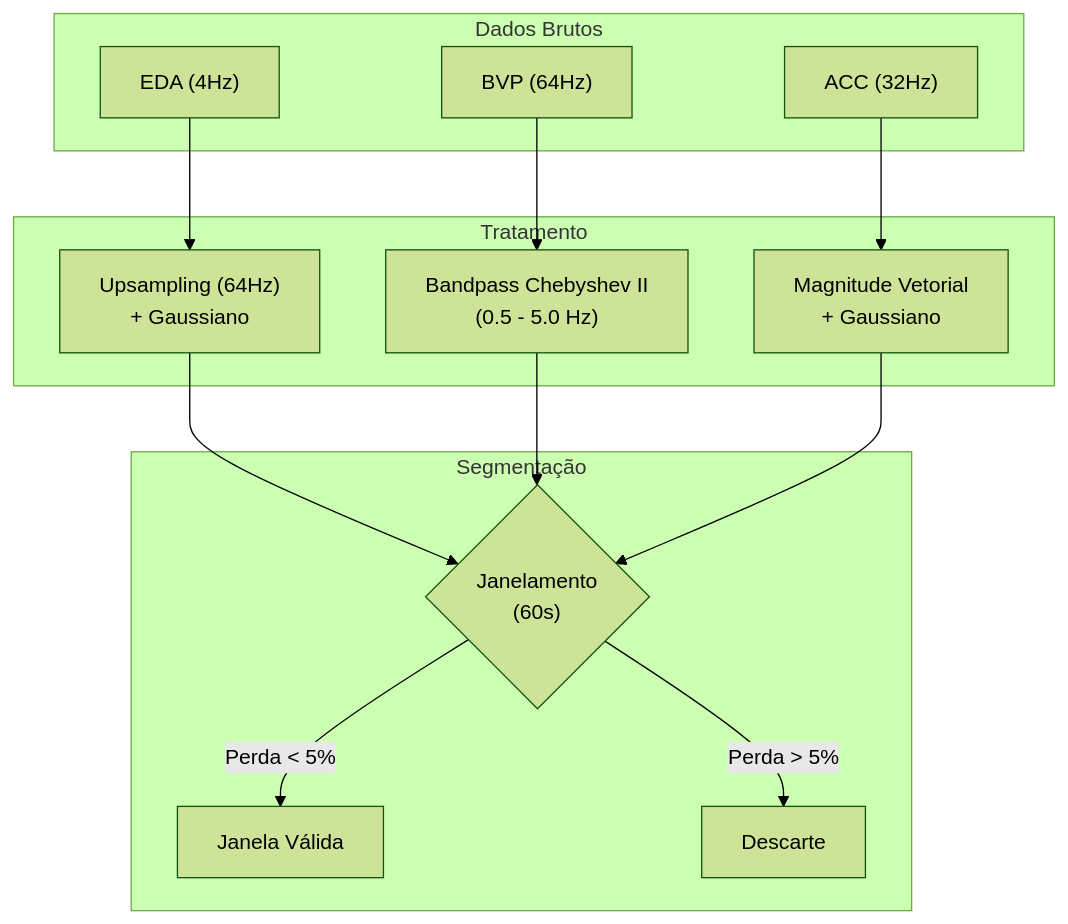
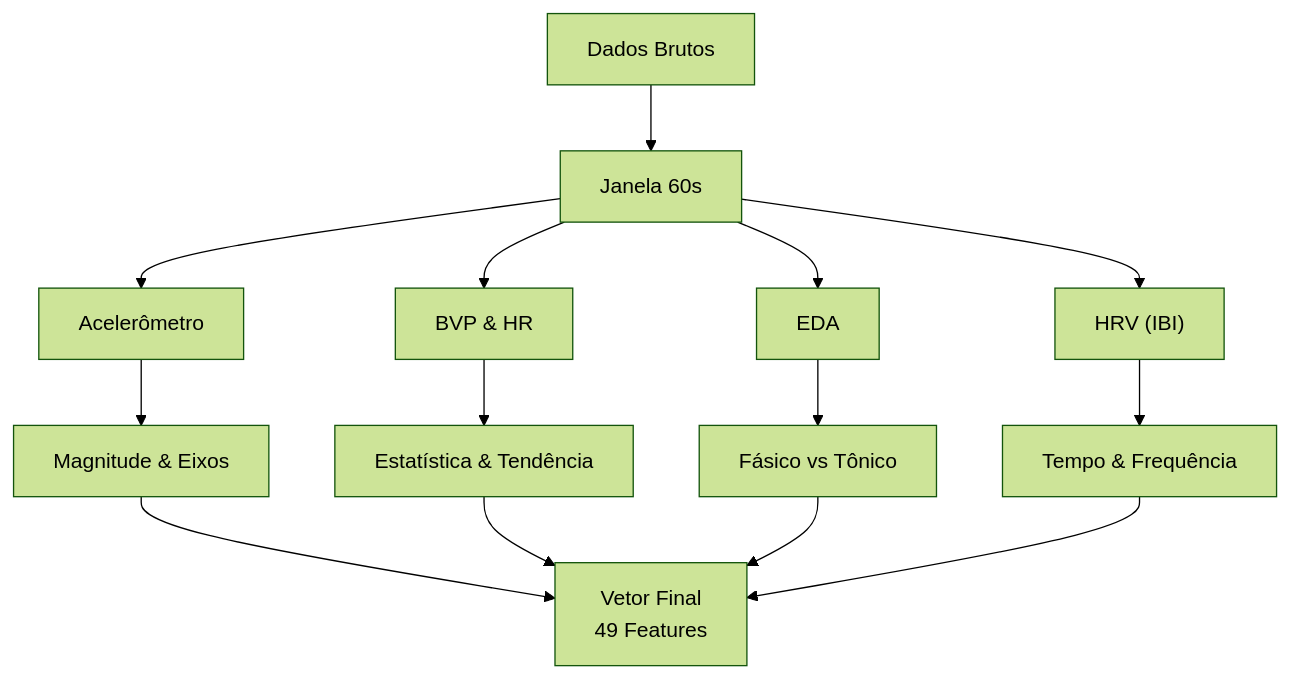
One commit to diegovianagomes/notas_de_aula changed the fourth of 4 diagrams in docs/ciencia_dados/signal_process.md. Above: the diagram before and after it, drawn with Mermaid (forest theme). The commit also changed other lines of this file and 6 other files, not shown here.

````diff
--- a/docs/ciencia_dados/signal_process.md
+++ b/docs/ciencia_dados/signal_process.md
@@ -105,22 +111,16 @@
 ```mermaid
-graph TD
-    subgraph Raw ["Dados Brutos"]
-        A["EDA (4Hz)"]
-        B["BVP (64Hz)"]
-        C["ACC (32Hz)"]
-    end
-
-    subgraph Process ["Tratamento"]
-        A --> A1["Upsampling (64Hz)<br/>+ Gaussiano"]
-        B --> B1["Bandpass Chebyshev II<br/>(0.5 - 5.0 Hz)"]
-        C --> C1["Magnitude Vetorial<br/>+ Gaussiano"]
-    end
-
-    subgraph Output ["Segmentação"]
-        A1 --> D{"Janelamento<br/>(60s)"}
-        B1 --> D
-        C1 --> D
-        D -- "Perda < 5%" --> E[Janela Válida]
-        D -- "Perda > 5%" --> F[Descarte]
-    end
+flowchart TD
+    Raw["Dados Brutos"] --> Win["Janela 60s"]
+    
+    Win --> ACC["Acelerômetro"]
+    Win --> BVP["BVP & HR"]
+    Win --> EDA["EDA"]
+    Win --> HRV["HRV (IBI)"]
+    
+    ACC --> A_Feat["Magnitude & Eixos"]
+    BVP --> B_Feat["Estatística & Tendência"]
+    EDA --> E_Feat["Fásico vs Tônico"]
+    HRV --> H_Feat["Tempo & Frequência"]
+    
+    A_Feat & B_Feat & E_Feat & H_Feat --> Vector["Vetor Final<br/>49 Features"]
 ```
````
